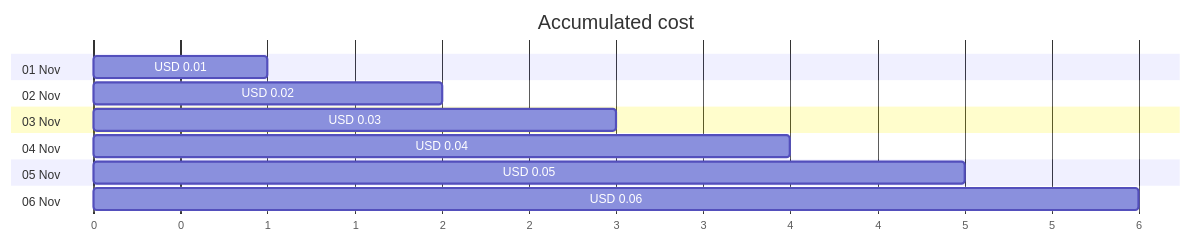
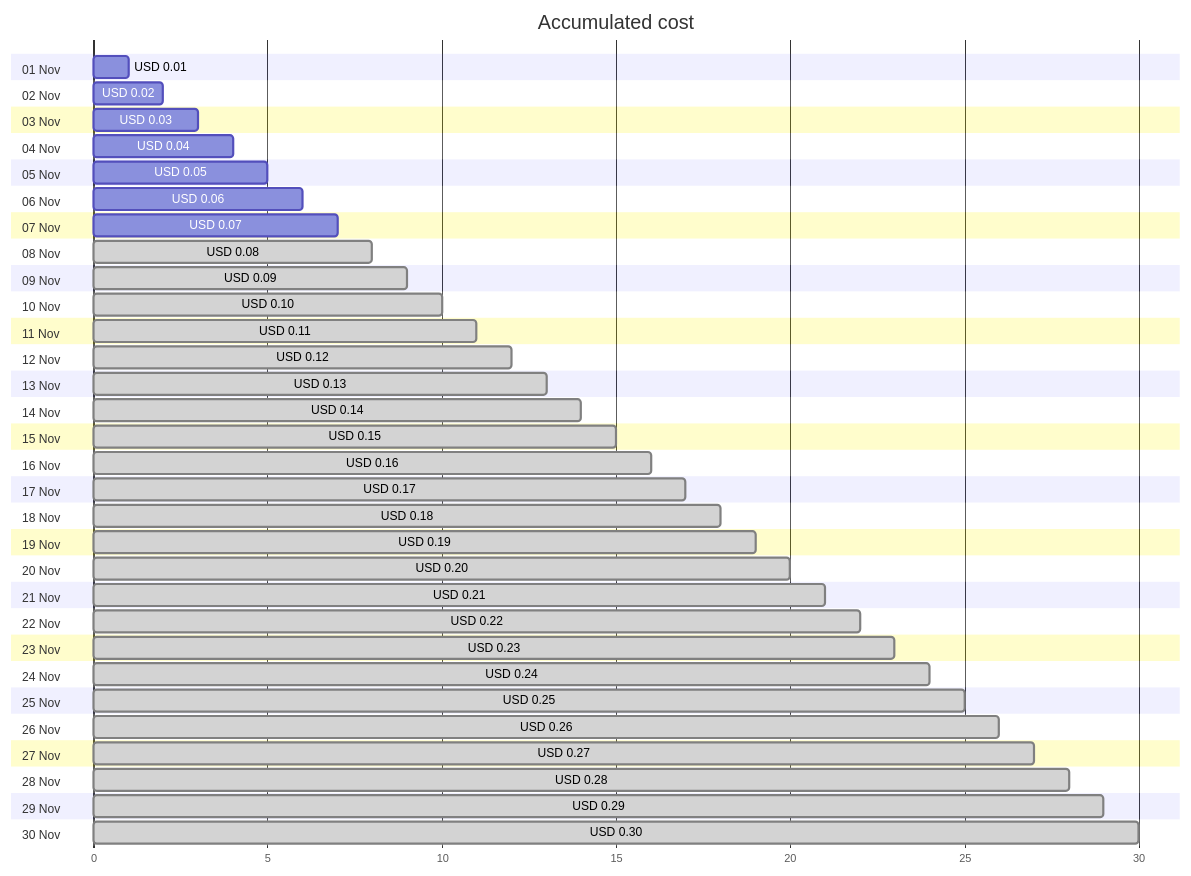
The first of 4 diagrams in cost-reports/cloud-shell-storage-eastus/cs2100300008c8d894b.md (jpfulton/azure-personal-reports), drawn with Mermaid before and after one commit. The commit also changed other lines of this file and 1 other file, not shown here.

Commit message:
Generated reports [skip ci]

````diff
--- a/cost-reports/cloud-shell-storage-eastus/cs2100300008c8d894b.md
+++ b/cost-reports/cloud-shell-storage-eastus/cs2100300008c8d894b.md
@@ -20,18 +20,66 @@
 ```mermaid
 gantt
    title Accumulated cost
    dateFormat  X
    axisFormat %s
    section 01 Nov
    USD 0.01 :0, 1
    section 02 Nov
    USD 0.02 :0, 2
    section 03 Nov
    USD 0.03 :0, 3
    section 04 Nov
    USD 0.04 :0, 4
    section 05 Nov
    USD 0.05 :0, 5
    section 06 Nov
    USD 0.06 :0, 6
+   section 07 Nov
+   USD 0.07 :0, 7
+   section 08 Nov
+   USD 0.08 : done, 0, 8
+   section 09 Nov
+   USD 0.09 : done, 0, 9
+   section 10 Nov
+   USD 0.10 : done, 0, 10
+   section 11 Nov
+   USD 0.11 : done, 0, 11
+   section 12 Nov
+   USD 0.12 : done, 0, 12
+   section 13 Nov
+   USD 0.13 : done, 0, 13
+   section 14 Nov
+   USD 0.14 : done, 0, 14
+   section 15 Nov
+   USD 0.15 : done, 0, 15
+   section 16 Nov
+   USD 0.16 : done, 0, 16
+   section 17 Nov
+   USD 0.17 : done, 0, 17
+   section 18 Nov
+   USD 0.18 : done, 0, 18
+   section 19 Nov
+   USD 0.19 : done, 0, 19
+   section 20 Nov
+   USD 0.20 : done, 0, 20
+   section 21 Nov
+   USD 0.21 : done, 0, 21
+   section 22 Nov
+   USD 0.22 : done, 0, 22
+   section 23 Nov
+   USD 0.23 : done, 0, 23
+   section 24 Nov
+   USD 0.24 : done, 0, 24
+   section 25 Nov
+   USD 0.25 : done, 0, 25
+   section 26 Nov
+   USD 0.26 : done, 0, 26
+   section 27 Nov
+   USD 0.27 : done, 0, 27
+   section 28 Nov
+   USD 0.28 : done, 0, 28
+   section 29 Nov
+   USD 0.29 : done, 0, 29
+   section 30 Nov
+   USD 0.30 : done, 0, 30
 ```
````
